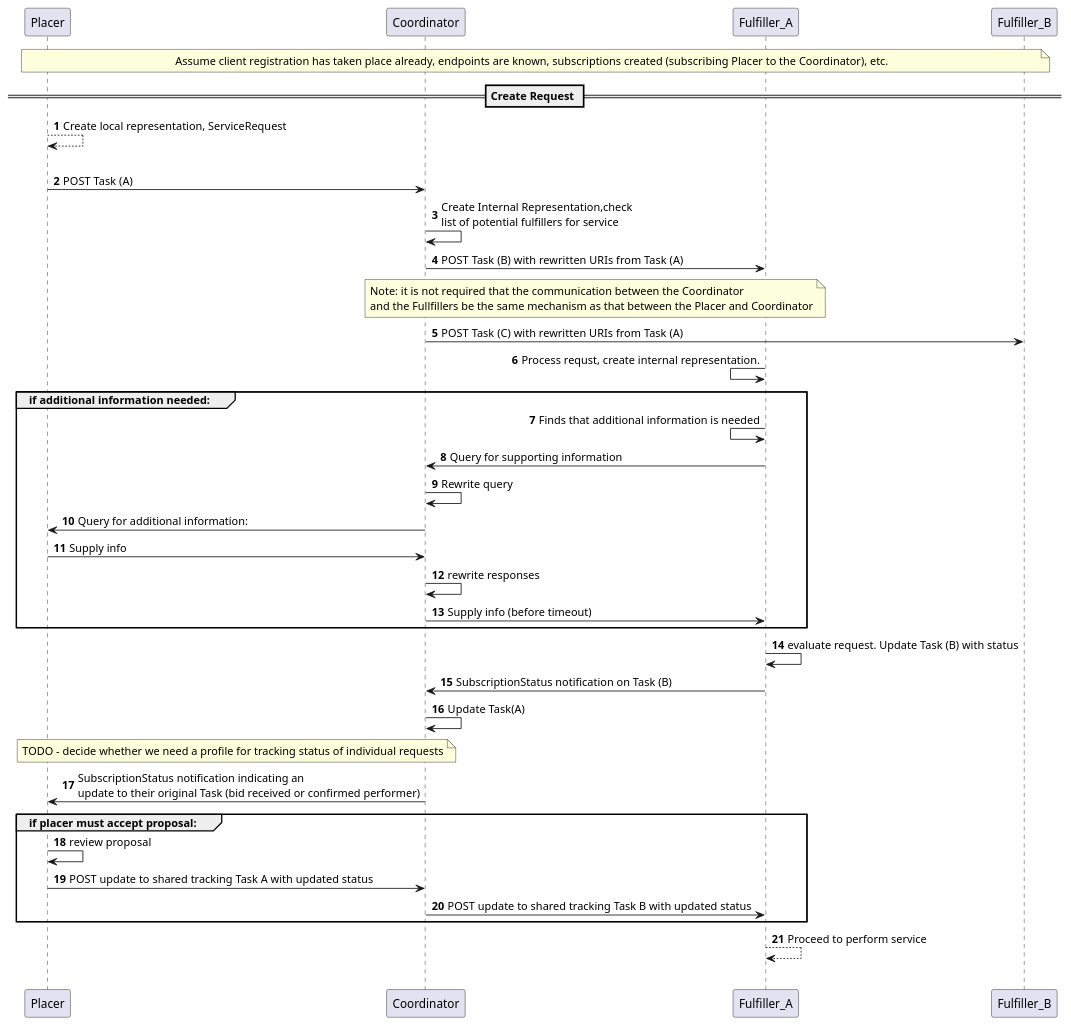
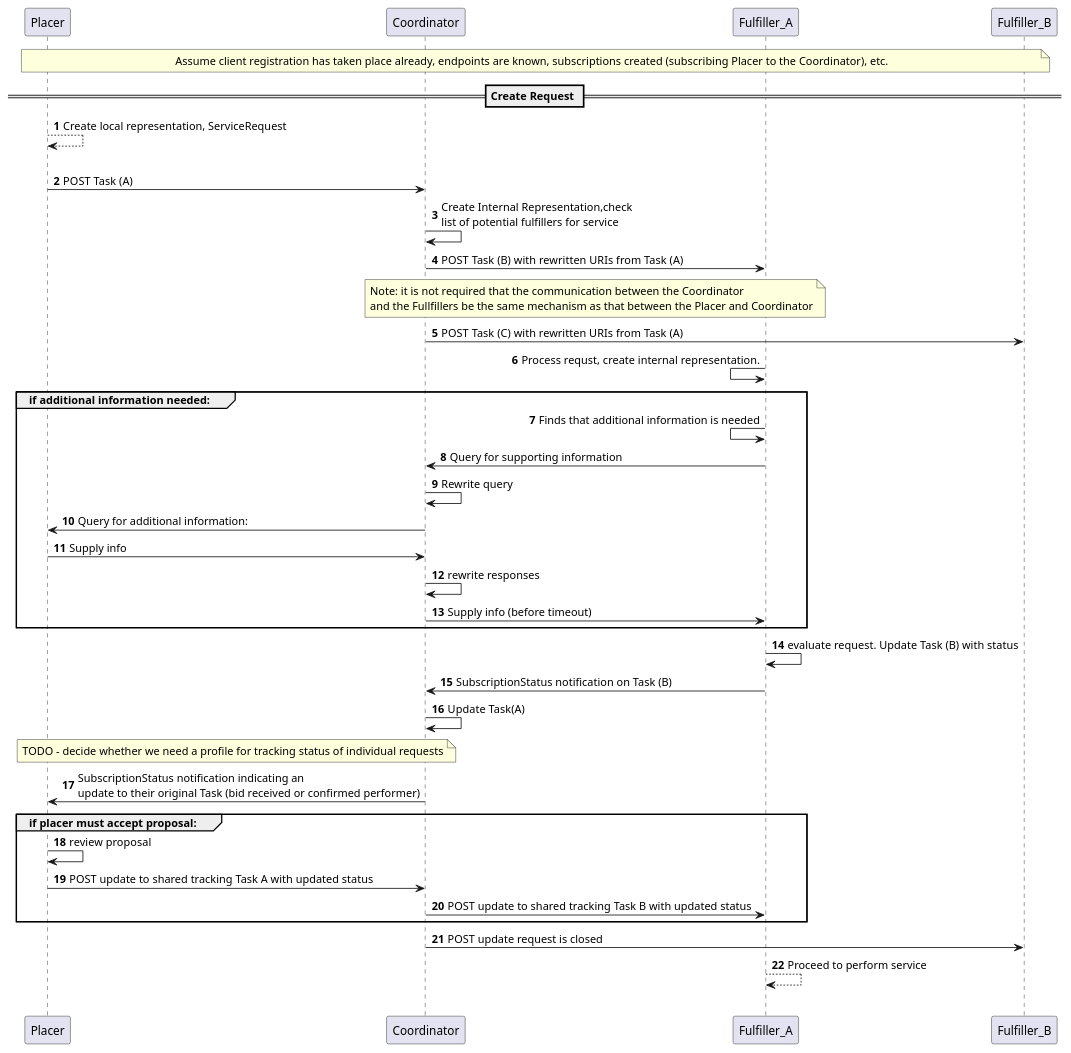
Before and after one commit to brianswinkels/fhir-cow-ig: the diagram in input/images-source/subscriptions-task-at-coordinator-mediating-requests.plantuml, drawn with PlantUML.

```diff
--- a/input/images-source/subscriptions-task-at-coordinator-mediating-requests.plantuml
+++ b/input/images-source/subscriptions-task-at-coordinator-mediating-requests.plantuml
@@ -1,65 +1,67 @@
 @startuml
 autonumber
 
 participant Placer order 10
 participant Coordinator order 20
 participant Fulfiller_A order 30 
 participant Fulfiller_B order 40
 
 note over Placer,Fulfiller_B: Assume client registration has taken place already, endpoints are known, subscriptions created (subscribing Placer to the Coordinator), etc. 
 
 == Create Request ==
 
 Placer --> Placer : Create local representation, ServiceRequest
 
 ||20||
 
 Placer -> Coordinator: POST Task (A)
 
 Coordinator -> Coordinator: Create Internal Representation,check\nlist of potential fulfillers for service
 
 Coordinator -> Fulfiller_A: POST Task (B) with rewritten URIs from Task (A)
 
 note over Coordinator, Fulfiller_A: Note: it is not required that the communication between the Coordinator\nand the Fullfillers be the same mechanism as that between the Placer and Coordinator
 
 Coordinator -> Fulfiller_B: POST Task (C) with rewritten URIs from Task (A)
 
 Fulfiller_A <- Fulfiller_A: Process requst, create internal representation. 
 
 group if additional information needed:
 
     Fulfiller_A <- Fulfiller_A: Finds that additional information is needed
     Fulfiller_A -> Coordinator: Query for supporting information 
     Coordinator -> Coordinator: Rewrite query
     Coordinator -> Placer: Query for additional information:
     Placer -> Coordinator: Supply info
     Coordinator -> Coordinator: rewrite responses
     Coordinator -> Fulfiller_A: Supply info (before timeout)
 
 end
 
 Fulfiller_A -> Fulfiller_A: evaluate request. Update Task (B) with status
 
 Fulfiller_A -> Coordinator: SubscriptionStatus notification on Task (B) 
 
 Coordinator -> Coordinator: Update Task(A) 
 
 note over Coordinator, Placer: TODO - decide whether we need a profile for tracking status of individual requests
 
 Coordinator -> Placer: SubscriptionStatus notification indicating an\nupdate to their original Task (bid received or confirmed performer)
 
 group if placer must accept proposal:
 
     Placer -> Placer: review proposal
 
     Placer -> Coordinator: POST update to shared tracking Task A with updated status
 
     Coordinator -> Fulfiller_A: POST update to shared tracking Task B with updated status
 
 end
 
+Coordinator -> Fulfiller_B: POST update request is closed
+
 Fulfiller_A--> Fulfiller_A: Proceed to perform service
 
 
 ||20||
 @enduml
```
